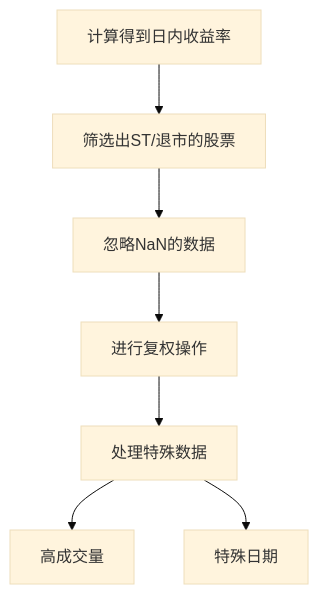
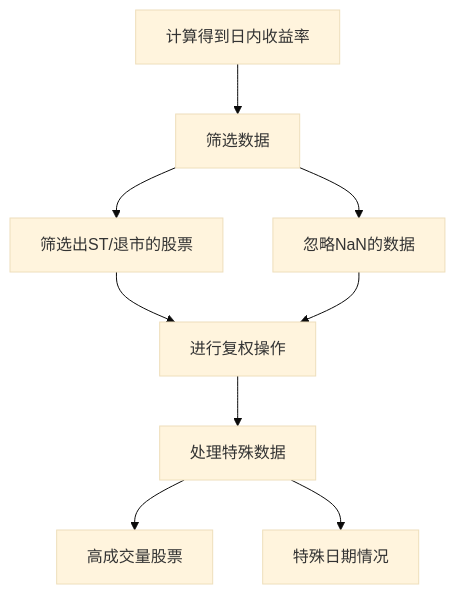
The second of 2 diagrams in README.md (zou-y-t/FBDQAMidTermWork), drawn with Mermaid (base theme) before and after one commit.

````diff
--- a/README.md
+++ b/README.md
@@ -54,17 +54,20 @@
 ```mermaid
 graph TD
     A[计算得到日内收益率]
-    B[筛选出ST/退市的股票]
-    C[忽略NaN的数据]
-    D[进行复权操作]
-    E[处理特殊数据]
-    F[高成交量]
-    G[特殊日期]
+    B[筛选数据]
+    C[筛选出ST/退市的股票]
+    D[忽略NaN的数据]
+    E[进行复权操作]
+    F[处理特殊数据]
+    G[高成交量股票]
+    H[特殊日期情况]
 
     A --> B
     B --> C
-    C --> D
+    B --> D
+    C --> E
     D --> E
     E --> F
-    E --> G
+    F --> G
+    F --> H
 ```
````
